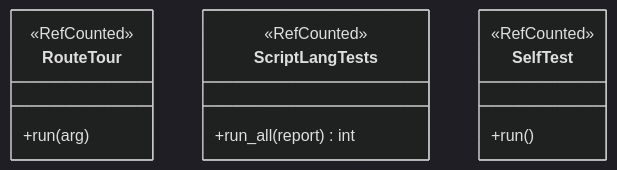
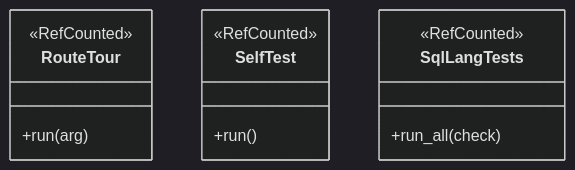
One commit to soyjuza/aritma changed diagram 14 of 14 in docs/UML_COMPLETO.md. Above: the diagram before and after it, drawn with Mermaid (dark theme). The commit also changed other lines of this file and 147 other files, not shown here.

````diff
--- a/docs/UML_COMPLETO.md
+++ b/docs/UML_COMPLETO.md
@@ -1649,15 +1523,15 @@
 ```mermaid
 classDiagram
     class RouteTour {
         <<RefCounted>>
         +run(arg)
     }
-    class ScriptLangTests {
-        <<RefCounted>>
-        +run_all(report) int
-    }
     class SelfTest {
         <<RefCounted>>
         +run()
     }
+    class SqlLangTests {
+        <<RefCounted>>
+        +run_all(check)
+    }
 ```
````
